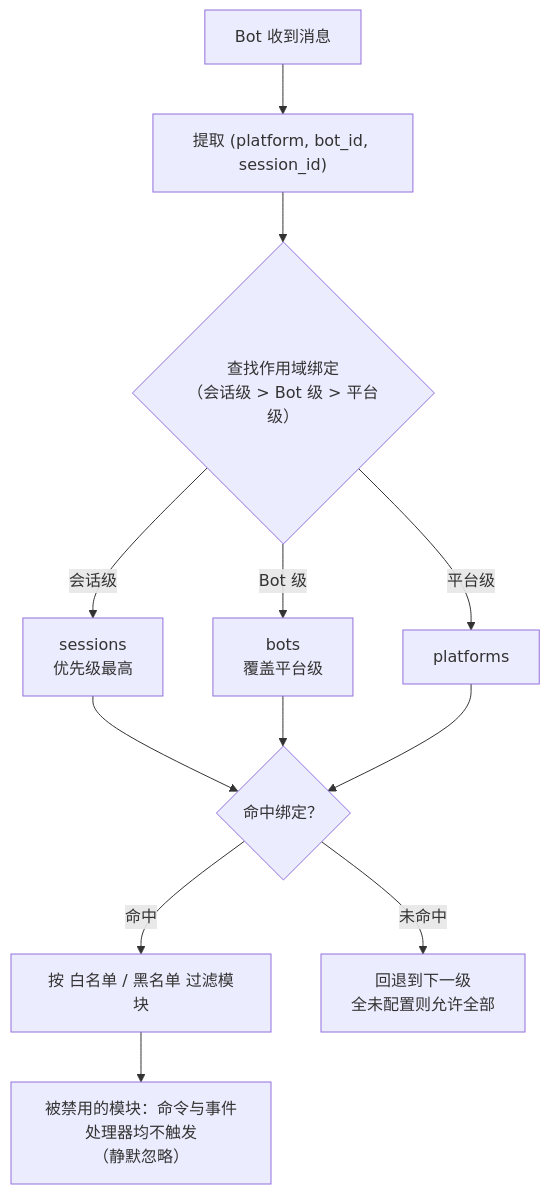
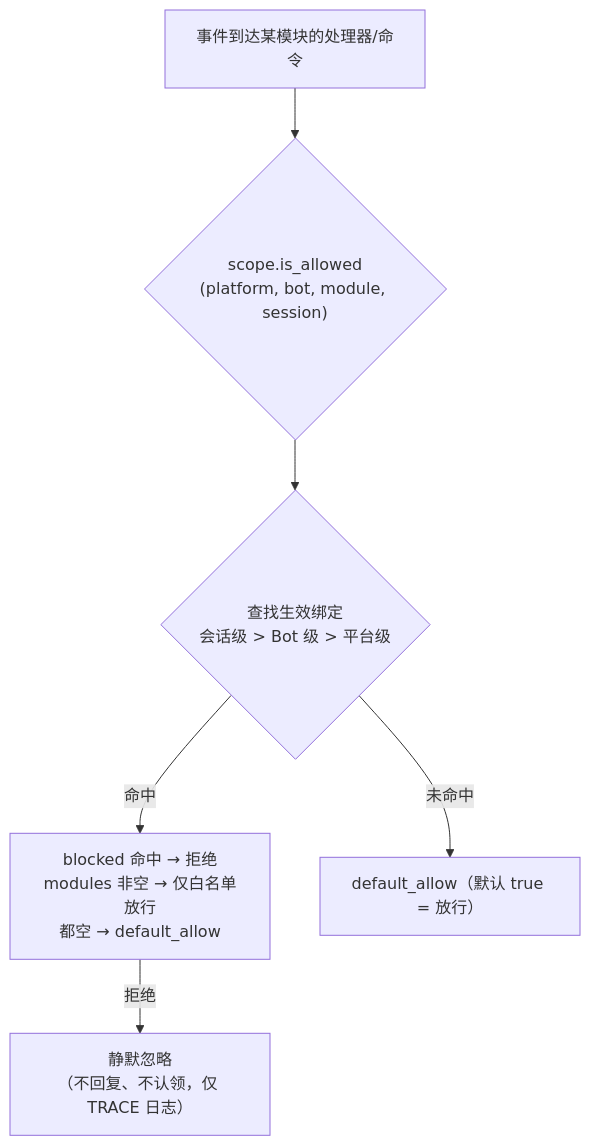
One commit to ErisPulse/ErisPulse changed the diagram in docs/zh-CN/advanced/scope.md. Above: the diagram before and after it, drawn with Mermaid. The commit also changed other lines of this file and 182 other files, not shown here.

````diff
--- a/docs/zh-CN/advanced/scope.md
+++ b/docs/zh-CN/advanced/scope.md
@@ -18,12 +108,8 @@
 ```mermaid
 flowchart TD
-    A["Bot 收到消息"] --> B["提取 (platform, bot_id, session_id)"]
-    B --> C{"查找作用域绑定<br/>（会话级 > Bot 级 > 平台级）"}
-    C -->|"会话级"| D["sessions<br/>优先级最高"]
-    C -->|"Bot 级"| E["bots<br/>覆盖平台级"]
-    C -->|"平台级"| F["platforms"]
-    D & E & F --> G{"命中绑定？"}
-    G -->|"命中"| H["按 白名单 / 黑名单 过滤模块"]
-    G -->|"未命中"| I["回退到下一级<br/>全未配置则允许全部"]
-    H --> J["被禁用的模块：命令与事件处理器均不触发<br/>（静默忽略）"]
+    A["事件到达某模块的处理器/命令"] --> B{"scope.is_allowed<br/>(platform, bot, module, session)"}
+    B --> C{"查找生效绑定<br/>会话级 > Bot 级 > 平台级"}
+    C -->|"命中"| D["blocked 命中 → 拒绝<br/>modules 非空 → 仅白名单放行<br/>都空 → default_allow"]
+    C -->|"未命中"| E["default_allow（默认 true = 放行）"]
+    D -->|"拒绝"| Z["静默忽略<br/>（不回复、不认领，仅 TRACE 日志）"]
 ```
````
